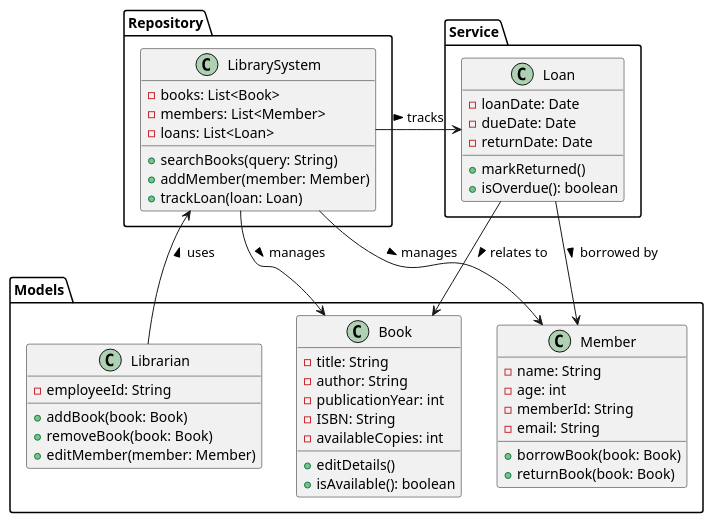
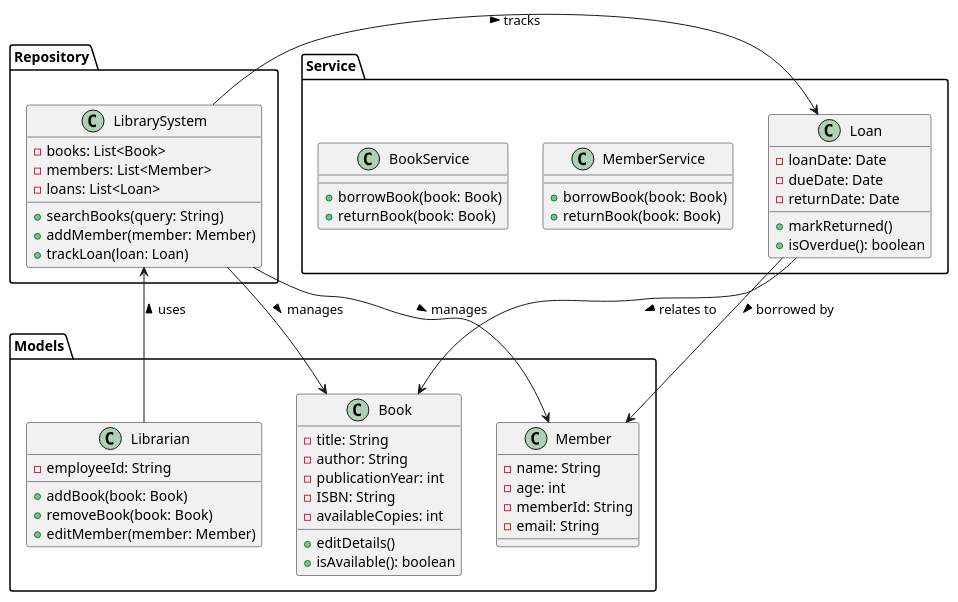
The diagram in src/uml/IntecPuntClassDiagram.puml (BramLab/IntecPunt), drawn with PlantUML before and after one commit.

```diff
--- a/src/uml/IntecPuntClassDiagram.puml
+++ b/src/uml/IntecPuntClassDiagram.puml
@@ -1,57 +1,63 @@
 @startuml
 Package "Models" {
 class Book {
   - title: String
   - author: String
   - publicationYear: int
   - ISBN: String
   - availableCopies: int
   + editDetails()
   + isAvailable(): boolean
 }
 
 class Member {
   - name: String
   - age: int
   - memberId: String
   - email: String
-  + borrowBook(book: Book)
-  + returnBook(book: Book)
 }
 
 class Librarian {
   - employeeId: String
   + addBook(book: Book)
   + removeBook(book: Book)
   + editMember(member: Member)
   }
 }
 
 Package Service {
 class Loan {
   - loanDate: Date
   - dueDate: Date
   - returnDate: Date
   + markReturned()
   + isOverdue(): boolean
- }
+   }
+class MemberService {
+  + borrowBook(book: Book)
+  + returnBook(book: Book)
+   }
+class BookService {
+  + borrowBook(book: Book)
+  + returnBook(book: Book)
+  }
 }
 
 Package Repository {
 class LibrarySystem {
   - books: List<Book>
   - members: List<Member>
   - loans: List<Loan>
   + searchBooks(query: String)
   + addMember(member: Member)
   + trackLoan(loan: Loan)
   }
 }
 
 LibrarySystem --> Book : manages >
 LibrarySystem --> Member : manages >
 LibrarySystem --> Loan : tracks >
 Loan --> Book : relates to >
 Loan --> Member : borrowed by >
 Librarian --> LibrarySystem : uses >
 @enduml
```
